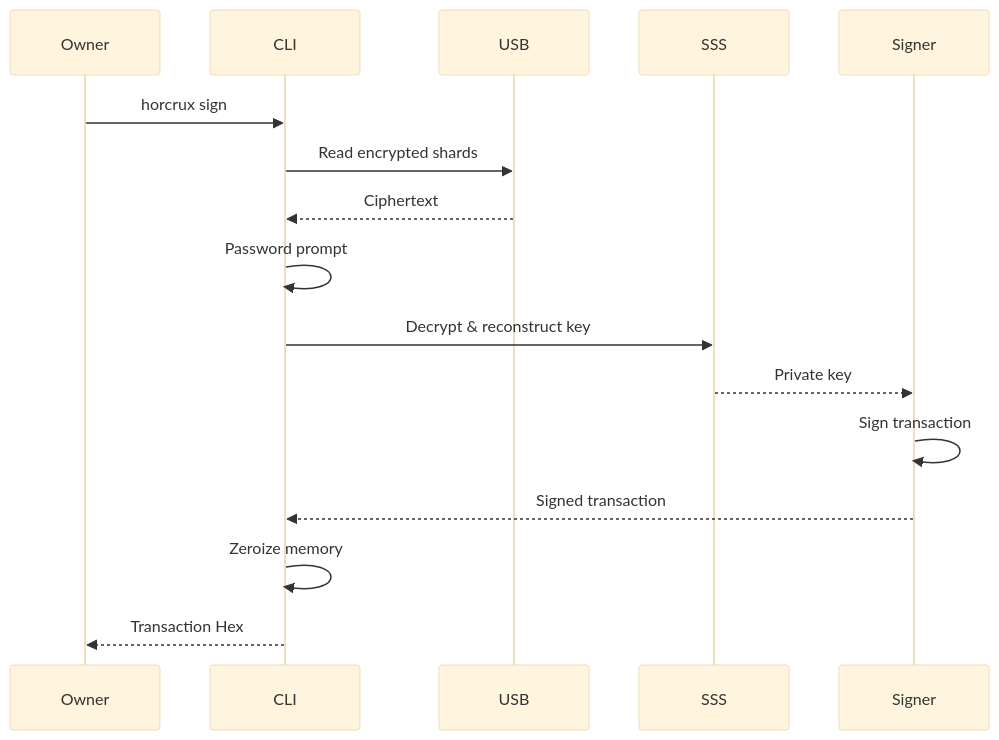
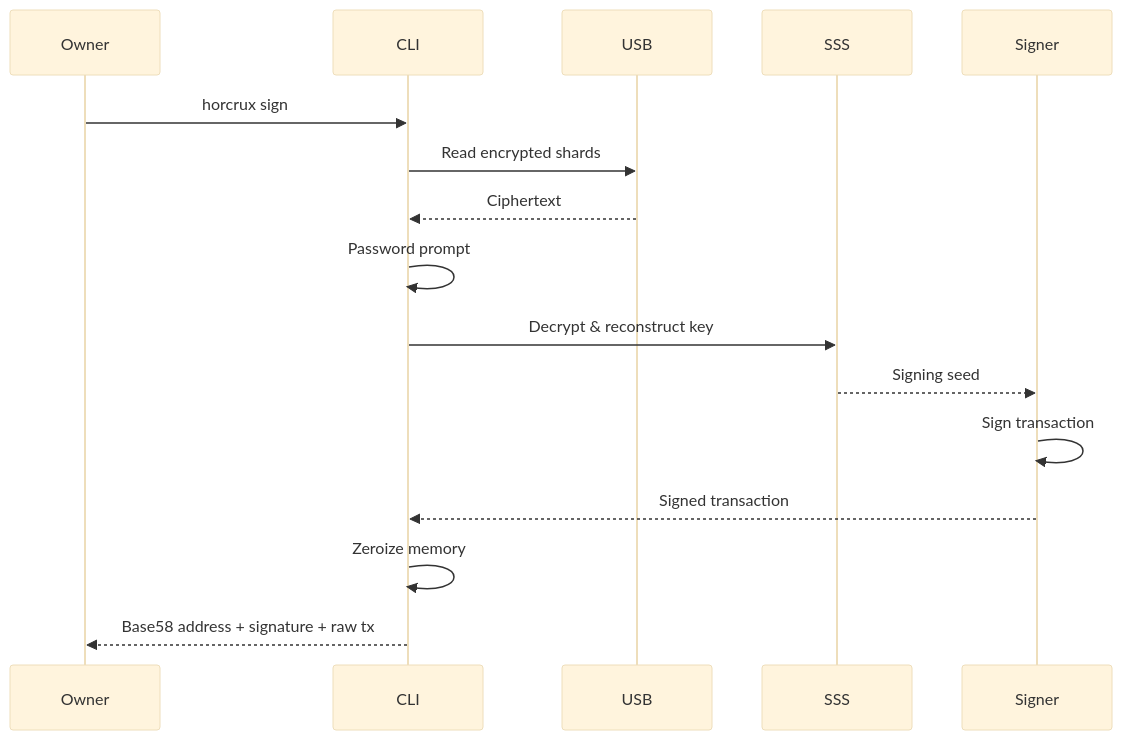
One commit to rishi-xyz/horcrux changed the fifth of 15 diagrams in Architecture.md. Above: the diagram before and after it, drawn with Mermaid (base theme). The commit also changed other lines of this file and 12 other files, not shown here.

````diff
--- a/Architecture.md
+++ b/Architecture.md
@@ -806,29 +594,20 @@
 ```mermaid
 sequenceDiagram
 
 participant Owner
 participant CLI
 participant USB
 participant SSS
 participant Signer
 
 Owner->>CLI: horcrux sign
-
 CLI->>USB: Read encrypted shards
-
 USB-->>CLI: Ciphertext
-
 CLI->>CLI: Password prompt
-
 CLI->>SSS: Decrypt & reconstruct key
-
-SSS-->>Signer: Private key
-
+SSS-->>Signer: Signing seed
 Signer->>Signer: Sign transaction
-
 Signer-->>CLI: Signed transaction
-
 CLI->>CLI: Zeroize memory
-
-CLI-->>Owner: Transaction Hex
+CLI-->>Owner: Base58 address + signature + raw tx
 ```
````
